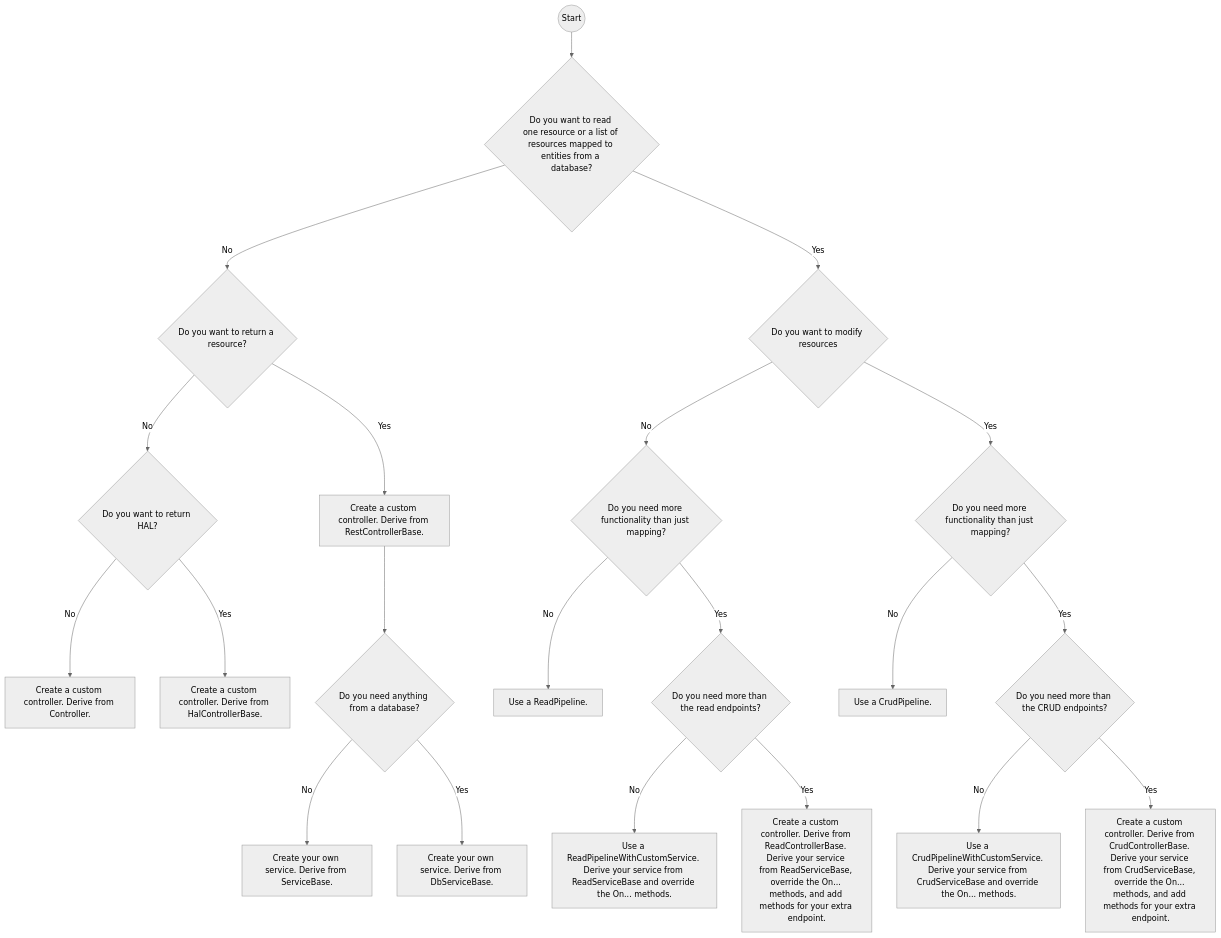
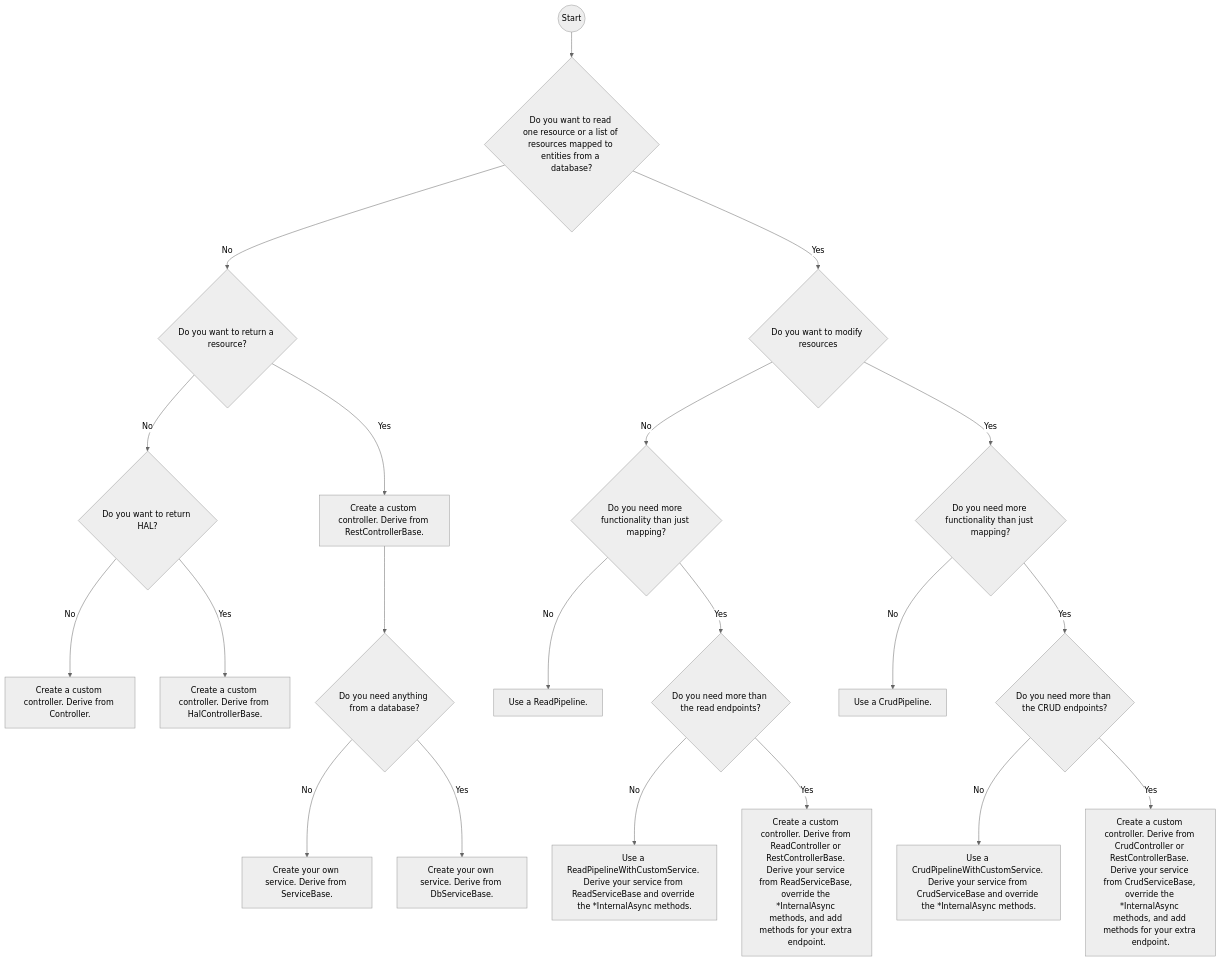
The diagram in doc/choosing_a_pipeline.md (wertzui/RESTworld), drawn with Mermaid (neutral theme) before and after one commit. The commit also changed other lines of this file and 69 other files, not shown here.

````diff
--- a/doc/choosing_a_pipeline.md
+++ b/doc/choosing_a_pipeline.md
@@ -5,23 +5,23 @@
 ```mermaid
 flowchart TD
     A((Start)) --> B{Do you want to read one resource or a list of resources mapped to entities from a database?}
     B -->|No| C{Do you want to return a resource?}
     C -->|No| E{Do you want to return HAL?}
     E -->|No| M[Create a custom controller. Derive from Controller.]
     E -->|Yes| N[Create a custom controller. Derive from HalControllerBase.]
     C -->|Yes| F[Create a custom controller. Derive from RestControllerBase.]
     B -->|Yes| D{Do you want to modify resources}
     D -->|No| G{Do you need more functionality than just mapping?}
     D -->|Yes| H{Do you need more functionality than just mapping?}
     F --> J{Do you need anything from a database?}
     J -->|No| K[Create your own service. Derive from ServiceBase.]
     J -->|Yes| L[Create your own service. Derive from DbServiceBase.]
     G -->|No| I[Use a ReadPipeline.]
     G -->|Yes| O{Do you need more than the read endpoints?}
     H -->|No| P[Use a CrudPipeline.]
     H -->|Yes| Q{Do you need more than the CRUD endpoints?}
-    O -->|No| R[Use a ReadPipelineWithCustomService. Derive your service from ReadServiceBase and override the On... methods.]
-    O -->|Yes| S[Create a custom controller. Derive from ReadControllerBase. Derive your service from ReadServiceBase, override the On... methods, and add methods for your extra endpoint.]
-    Q -->|No| T[Use a CrudPipelineWithCustomService. Derive your service from CrudServiceBase and override the On... methods.]
-    Q -->|Yes| U[Create a custom controller. Derive from CrudControllerBase. Derive your service from CrudServiceBase, override the On... methods, and add methods for your extra endpoint.]
+    O -->|No| R[Use a ReadPipelineWithCustomService. Derive your service from ReadServiceBase and override the *InternalAsync methods.]
+    O -->|Yes| S[Create a custom controller. Derive from ReadController or RestControllerBase. Derive your service from ReadServiceBase, override the *InternalAsync methods, and add methods for your extra endpoint.]
+    Q -->|No| T[Use a CrudPipelineWithCustomService. Derive your service from CrudServiceBase and override the *InternalAsync methods.]
+    Q -->|Yes| U[Create a custom controller. Derive from CrudController or RestControllerBase. Derive your service from CrudServiceBase, override the *InternalAsync methods, and add methods for your extra endpoint.]
 ```
````
